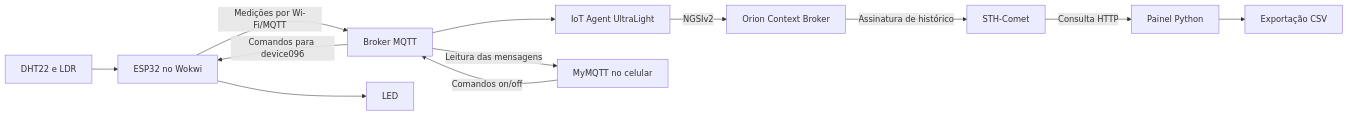
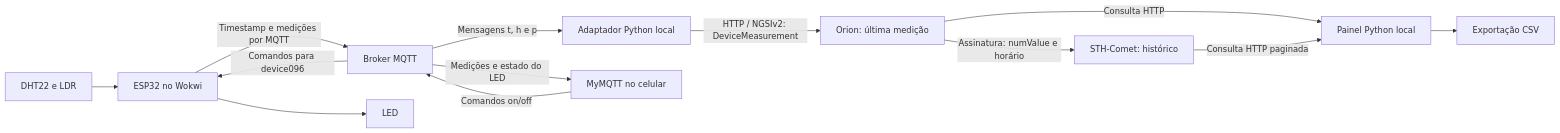
Before and after one commit to Gabriel-Finzetto/Vinheria-Agnello---IoT: the diagram in README.md, drawn with Mermaid. The commit also changed other lines of this file, not shown here.

Commit message:
Revisão do README e das regras de representação dos dados

````diff
--- a/README.md
+++ b/README.md
@@ -106,14 +186,15 @@
 ```mermaid
 flowchart LR
     Sensores["DHT22 e LDR"] --> ESP["ESP32 no Wokwi"]
-    ESP -->|"Medições por Wi-Fi/MQTT"| Broker["Broker MQTT"]
-    Broker --> IoTA["IoT Agent UltraLight"]
-    IoTA -->|"NGSIv2"| Orion["Orion Context Broker"]
-    Orion -->|"Assinatura de histórico"| STH["STH-Comet"]
-    STH -->|"Consulta HTTP"| Painel["Painel Python"]
+    ESP -->|"Timestamp e medições por MQTT"| Broker["Broker MQTT"]
+    Broker -->|"Mensagens t, h e p"| Adaptador["Adaptador Python local"]
+    Adaptador -->|"HTTP / NGSIv2: DeviceMeasurement"| Orion["Orion: última medição"]
+    Orion -->|"Assinatura: numValue e horário"| STH["STH-Comet: histórico"]
+    Orion -->|"Consulta HTTP"| Painel["Painel Python local"]
+    STH -->|"Consulta HTTP paginada"| Painel
     Painel --> CSV["Exportação CSV"]
-    Broker -->|"Leitura das mensagens"| Celular["MyMQTT no celular"]
+    Broker -->|"Medições e estado do LED"| Celular["MyMQTT no celular"]
     Celular -->|"Comandos on/off"| Broker
     Broker -->|"Comandos para device096"| ESP
     ESP --> LED["LED"]
 ```
````
